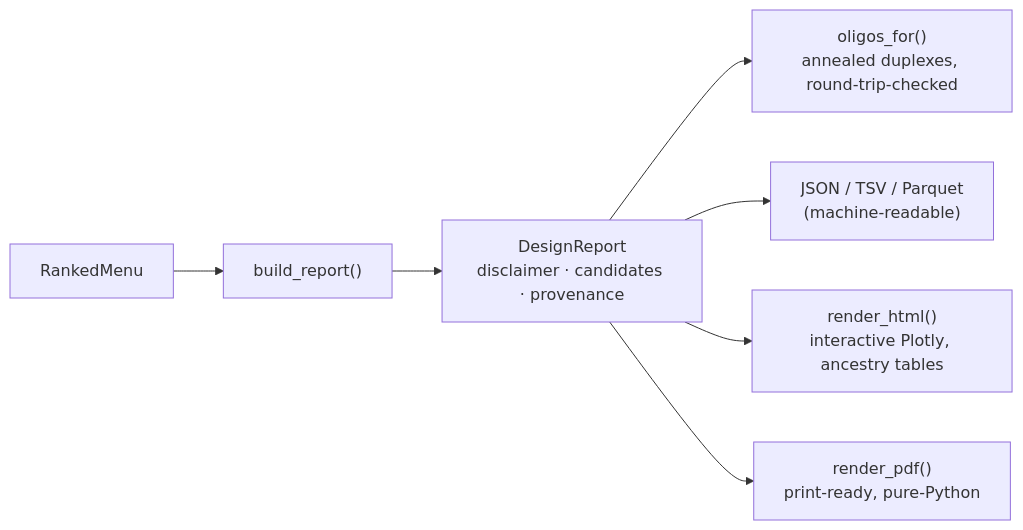
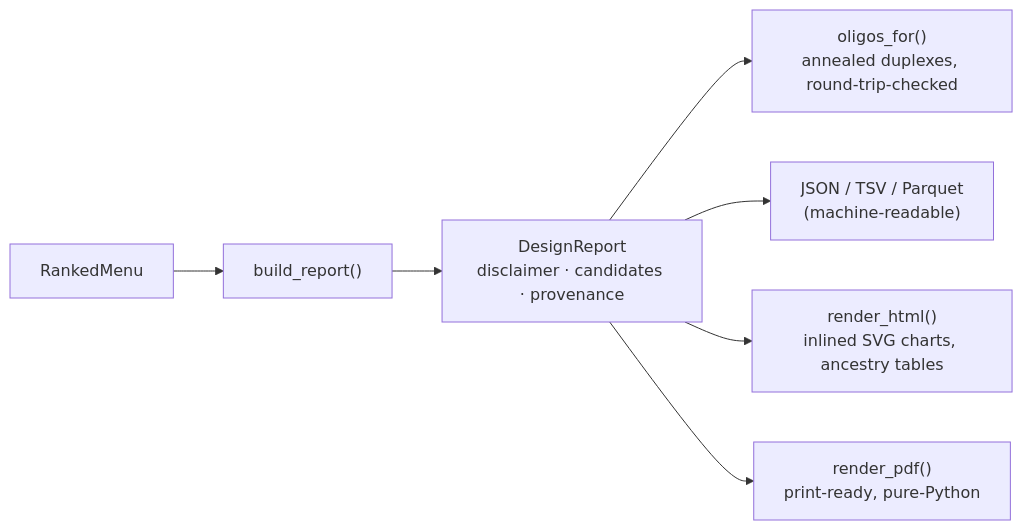
Before and after one commit to clay-good/alleleforge: the tenth of 13 diagrams in README.md, drawn with Mermaid. The commit also changed other lines of this file and 8 other files, not shown here.

````diff
--- a/README.md
+++ b/README.md
@@ -1003,9 +1003,9 @@
 ```mermaid
 flowchart LR
     M["RankedMenu"] --> B["build_report()"]
     B --> R["DesignReport<br/>disclaimer · candidates · provenance"]
     R --> OL["oligos_for()<br/>annealed duplexes, round-trip-checked"]
     R --> J["JSON / TSV / Parquet<br/>(machine-readable)"]
-    R --> H["render_html()<br/>interactive Plotly, ancestry tables"]
+    R --> H["render_html()<br/>inlined SVG charts, ancestry tables"]
     R --> P["render_pdf()<br/>print-ready, pure-Python"]
 ```
````
